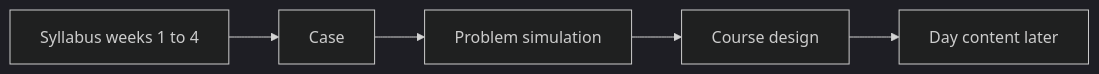
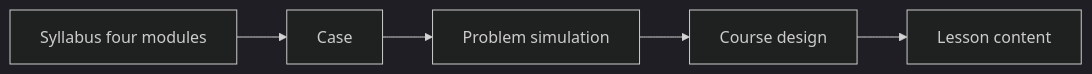
Before and after one commit to iamwaqasahmed/FDE-AI-Screening-Platform: the diagram in README.md, drawn with Mermaid (dark theme). The commit also changed other lines of this file and 3640 other files, not shown here.

````diff
--- a/README.md
+++ b/README.md
@@ -56,12 +40,12 @@
 ```mermaid
 flowchart LR
-  syllabus[Syllabus weeks 1 to 4]
+  syllabus[Syllabus four modules]
   caseBrief[Case]
   world[Problem simulation]
   course[Course design]
-  days[Day content later]
+  lessons[Lesson content]
   syllabus --> caseBrief
   caseBrief --> world
   world --> course
-  course --> days
+  course --> lessons
 ```
````
